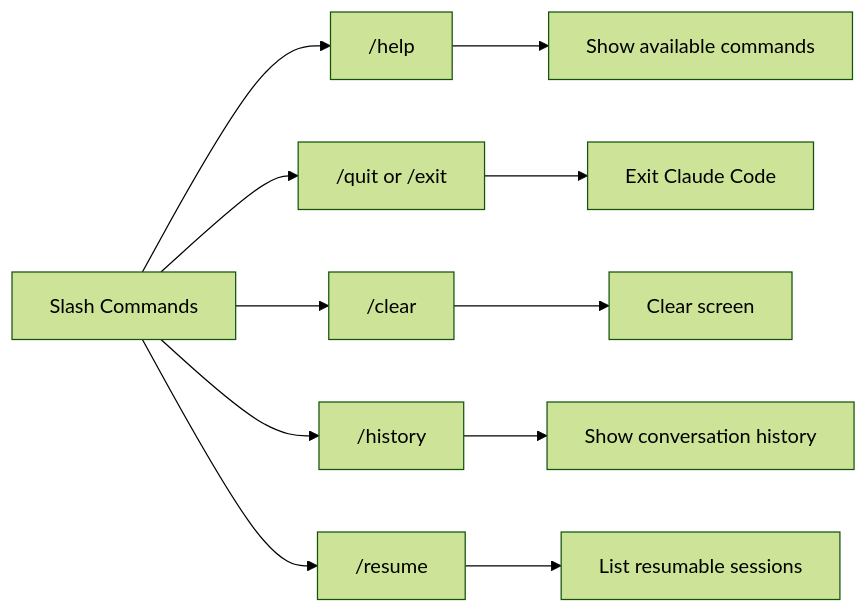
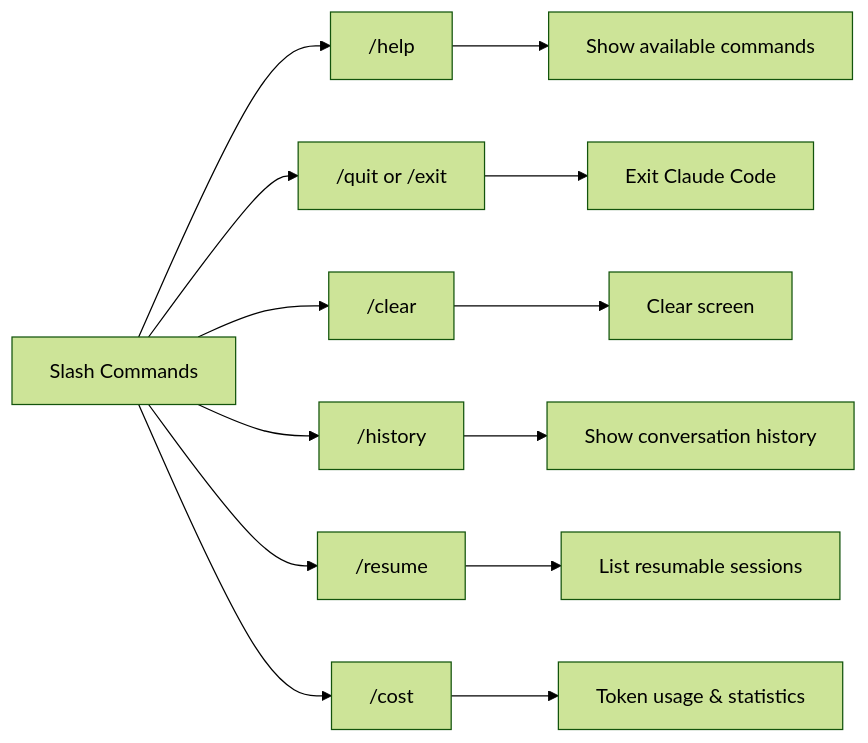
Before and after one commit to kareddy-dev/explore: the first of 5 diagrams in tools/claude-code/cli-reference.md, drawn with Mermaid (forest theme). The commit also changed other lines of this file and 12 other files, not shown here.

First line of the commit message:
Update documentation for Claude Code v1.0.84 with major enhancements

````diff
--- a/tools/claude-code/cli-reference.md
+++ b/tools/claude-code/cli-reference.md
@@ -127,13 +127,15 @@
 ```mermaid
 flowchart LR
     A[Slash Commands] --> B["/help"]
     A --> C["/quit or /exit"]
     A --> D["/clear"]
     A --> E["/history"]
     A --> F["/resume"]
-    B --> G[Show available commands]
-    C --> H[Exit Claude Code]
-    D --> I[Clear screen]
-    E --> J[Show conversation history]
-    F --> K[List resumable sessions]
+    A --> G["/cost"]
+    B --> H[Show available commands]
+    C --> I[Exit Claude Code]
+    D --> J[Clear screen]
+    E --> K[Show conversation history]
+    F --> L[List resumable sessions]
+    G --> M[Token usage & statistics]
 ```
````
